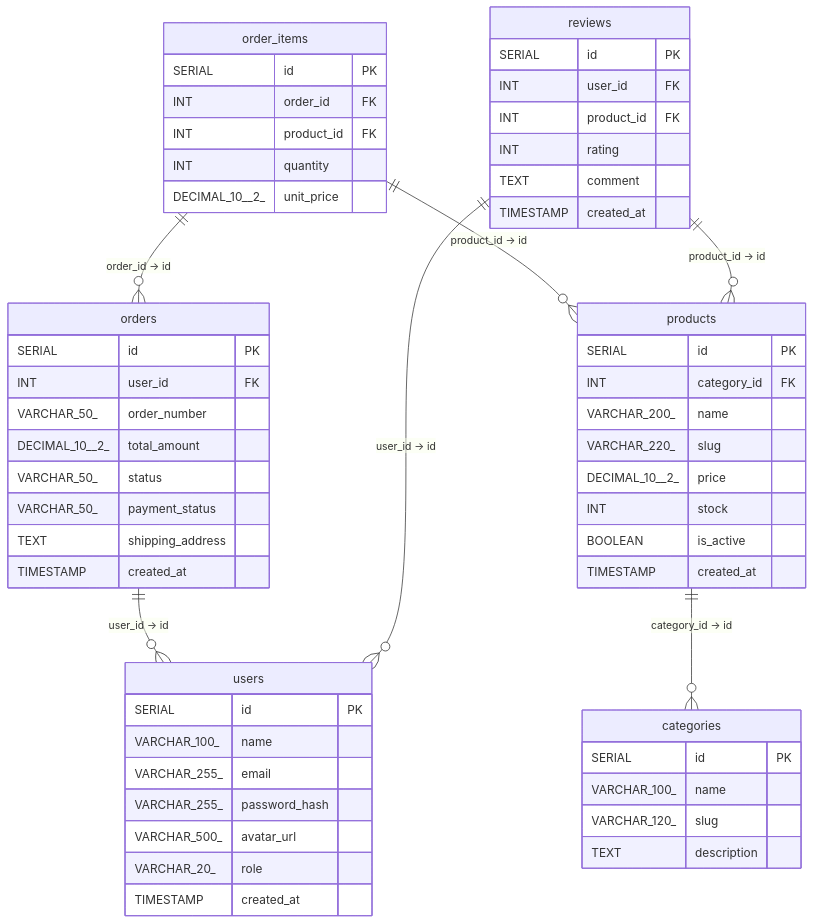
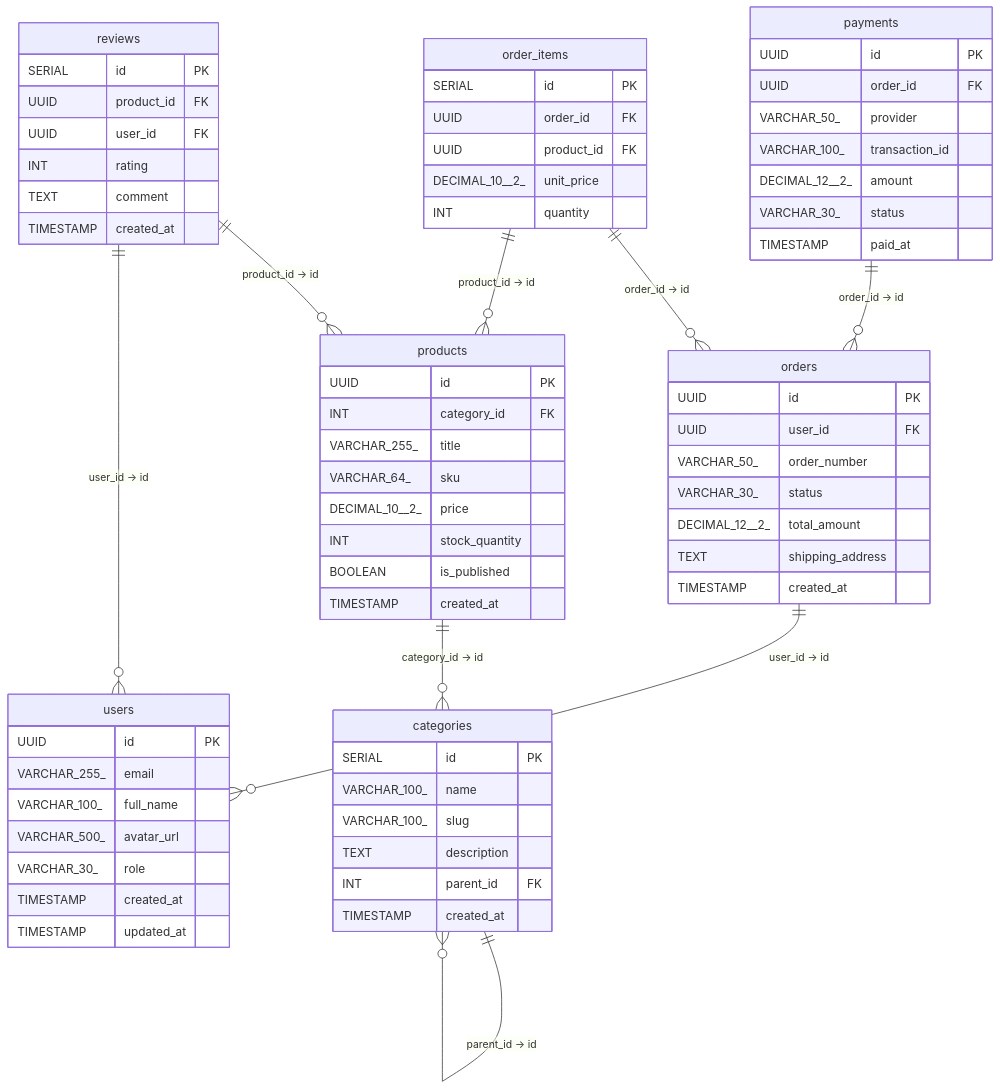
The diagram in assets/database-design.md (SKThakor137/Database-Design-Package), drawn with Mermaid before and after one commit. The commit also changed other lines of this file and 34 other files, not shown here.

````diff
--- a/assets/database-design.md
+++ b/assets/database-design.md
@@ -3,60 +3,72 @@
 ```mermaid
 erDiagram
+    categories ||--o{ categories : "parent_id -> id"
     products ||--o{ categories : "category_id -> id"
     orders ||--o{ users : "user_id -> id"
     order_items ||--o{ orders : "order_id -> id"
     order_items ||--o{ products : "product_id -> id"
+    reviews ||--o{ products : "product_id -> id"
     reviews ||--o{ users : "user_id -> id"
-    reviews ||--o{ products : "product_id -> id"
+    payments ||--o{ orders : "order_id -> id"
 
     users {
-        SERIAL id PK
-        VARCHAR_100_ name
+        UUID id PK
         VARCHAR_255_ email
-        VARCHAR_255_ password_hash
+        VARCHAR_100_ full_name
         VARCHAR_500_ avatar_url
-        VARCHAR_20_ role
+        VARCHAR_30_ role
         TIMESTAMP created_at
+        TIMESTAMP updated_at
     }
     categories {
         SERIAL id PK
         VARCHAR_100_ name
-        VARCHAR_120_ slug
+        VARCHAR_100_ slug
         TEXT description
+        INT parent_id FK
+        TIMESTAMP created_at
     }
     products {
-        SERIAL id PK
+        UUID id PK
         INT category_id FK
-        VARCHAR_200_ name
-        VARCHAR_220_ slug
+        VARCHAR_255_ title
+        VARCHAR_64_ sku
         DECIMAL_10__2_ price
-        INT stock
-        BOOLEAN is_active
+        INT stock_quantity
+        BOOLEAN is_published
         TIMESTAMP created_at
     }
     orders {
-        SERIAL id PK
-        INT user_id FK
+        UUID id PK
+        UUID user_id FK
         VARCHAR_50_ order_number
-        DECIMAL_10__2_ total_amount
-        VARCHAR_50_ status
-        VARCHAR_50_ payment_status
+        VARCHAR_30_ status
+        DECIMAL_12__2_ total_amount
         TEXT shipping_address
         TIMESTAMP created_at
     }
     order_items {
         SERIAL id PK
-        INT order_id FK
-        INT product_id FK
+        UUID order_id FK
+        UUID product_id FK
+        DECIMAL_10__2_ unit_price
         INT quantity
-        DECIMAL_10__2_ unit_price
     }
     reviews {
         SERIAL id PK
-        INT user_id FK
-        INT product_id FK
+        UUID product_id FK
+        UUID user_id FK
         INT rating
         TEXT comment
         TIMESTAMP created_at
     }
+    payments {
+        UUID id PK
+        UUID order_id FK
+        VARCHAR_50_ provider
+        VARCHAR_100_ transaction_id
+        DECIMAL_12__2_ amount
+        VARCHAR_30_ status
+        TIMESTAMP paid_at
+    }
 ```
````
